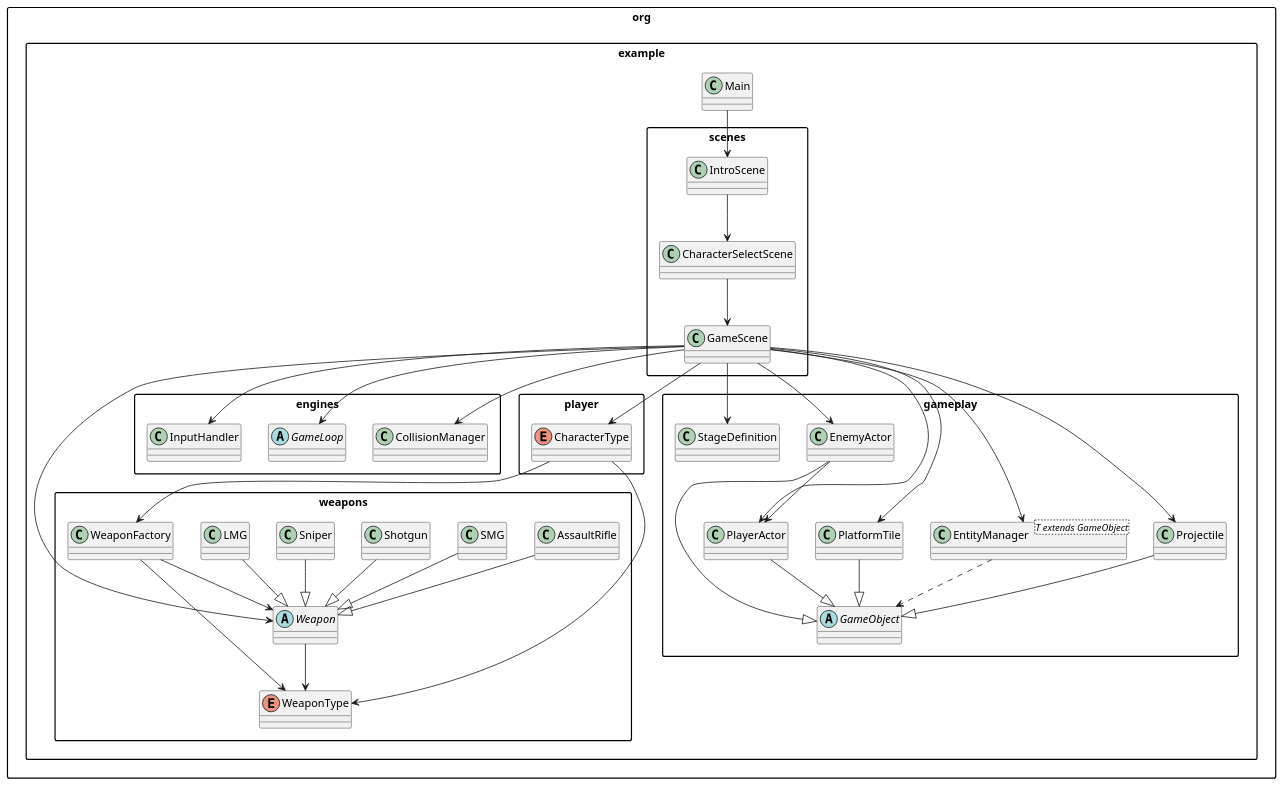
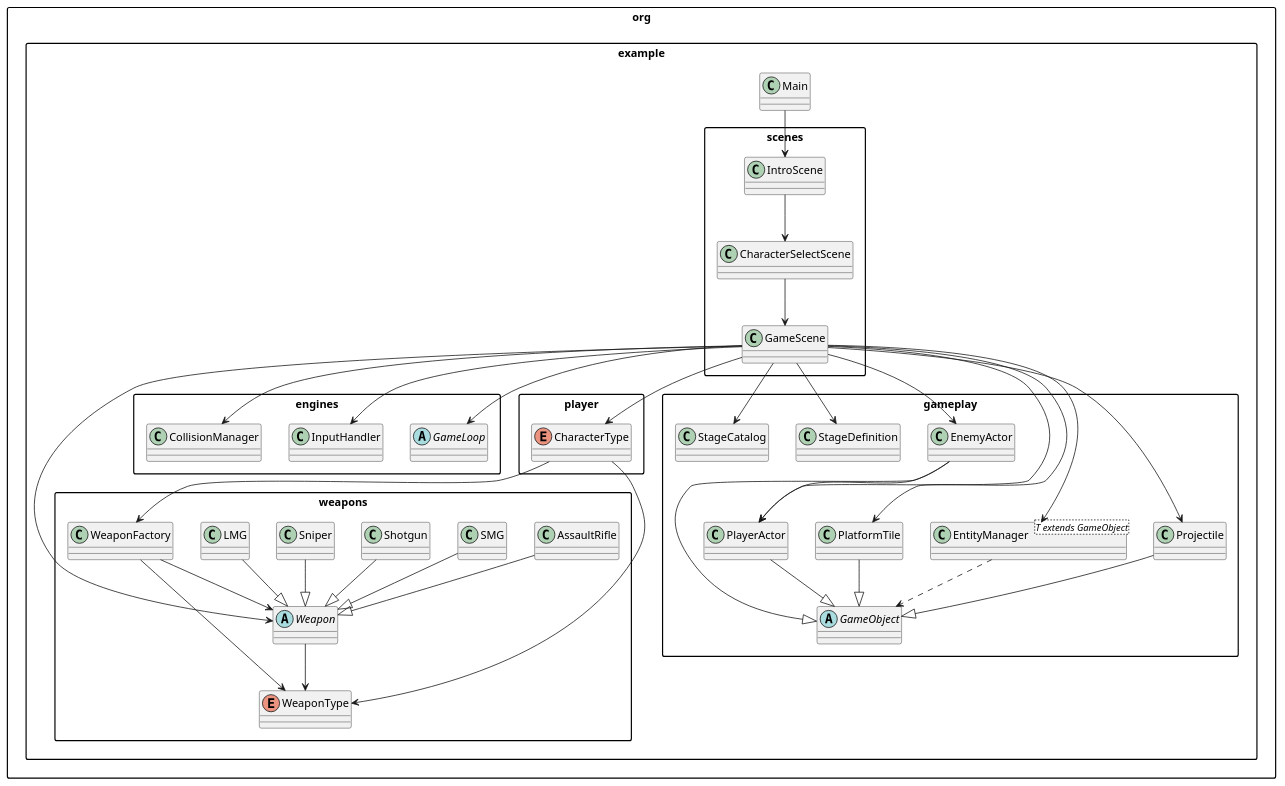
The diagram in docs/class-diagram.puml (x1ren/Lair---FinalOOP-project), drawn with PlantUML before and after one commit. The commit also changed 4 other files, not shown here.

Commit message:
docs(uml): sync documentation with revised story flow

```diff
--- a/docs/class-diagram.puml
+++ b/docs/class-diagram.puml
@@ -1,81 +1,83 @@
 @startuml
 skinparam classAttributeIconSize 0
 skinparam packageStyle rectangle
 
 package "org.example" {
   class Main
 }
 
 package "org.example.scenes" {
   class IntroScene
   class CharacterSelectScene
   class GameScene
 }
 
 package "org.example.player" {
   enum CharacterType
 }
 
 package "org.example.engines" {
   abstract class GameLoop
   class InputHandler
   class CollisionManager
 }
 
 package "org.example.gameplay" {
   abstract class GameObject
   class PlayerActor
   class EnemyActor
   class Projectile
   class PlatformTile
   class StageDefinition
+  class StageCatalog
   class "EntityManager<T extends GameObject>" as EntityManager
 }
 
 package "org.example.weapons" {
   abstract class Weapon
   class AssaultRifle
   class SMG
   class Shotgun
   class Sniper
   class LMG
   class WeaponFactory
   enum WeaponType
 }
 
 Main --> IntroScene
 IntroScene --> CharacterSelectScene
 CharacterSelectScene --> GameScene
 
 GameScene --> CharacterType
 GameScene --> Weapon
 GameScene --> InputHandler
 GameScene --> CollisionManager
 GameScene --> GameLoop
 GameScene --> PlayerActor
 GameScene --> EnemyActor
 GameScene --> Projectile
 GameScene --> PlatformTile
+GameScene --> StageCatalog
 GameScene --> StageDefinition
 GameScene --> EntityManager
 
 PlayerActor --|> GameObject
 EnemyActor --|> GameObject
 Projectile --|> GameObject
 PlatformTile --|> GameObject
 
 EntityManager ..> GameObject
 EnemyActor --> PlayerActor
 CharacterType --> WeaponFactory
 CharacterType --> WeaponType
 
 AssaultRifle --|> Weapon
 SMG --|> Weapon
 Shotgun --|> Weapon
 Sniper --|> Weapon
 LMG --|> Weapon
 WeaponFactory --> Weapon
 WeaponFactory --> WeaponType
 Weapon --> WeaponType
 
 @enduml
```
